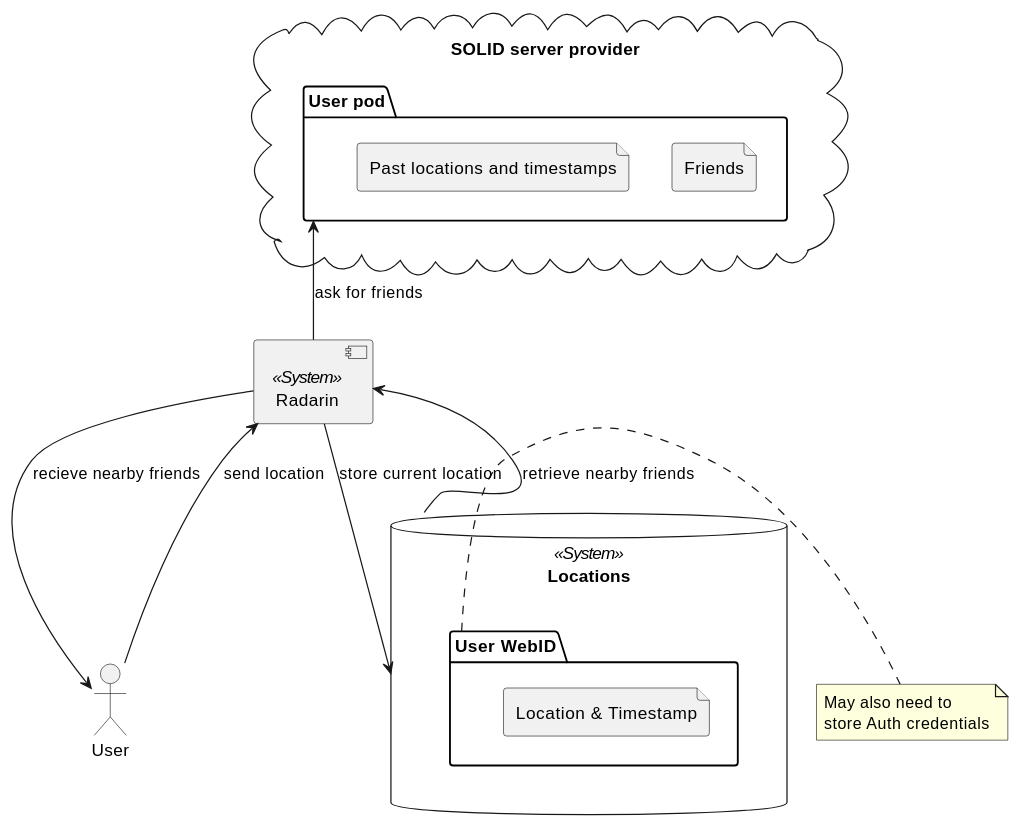
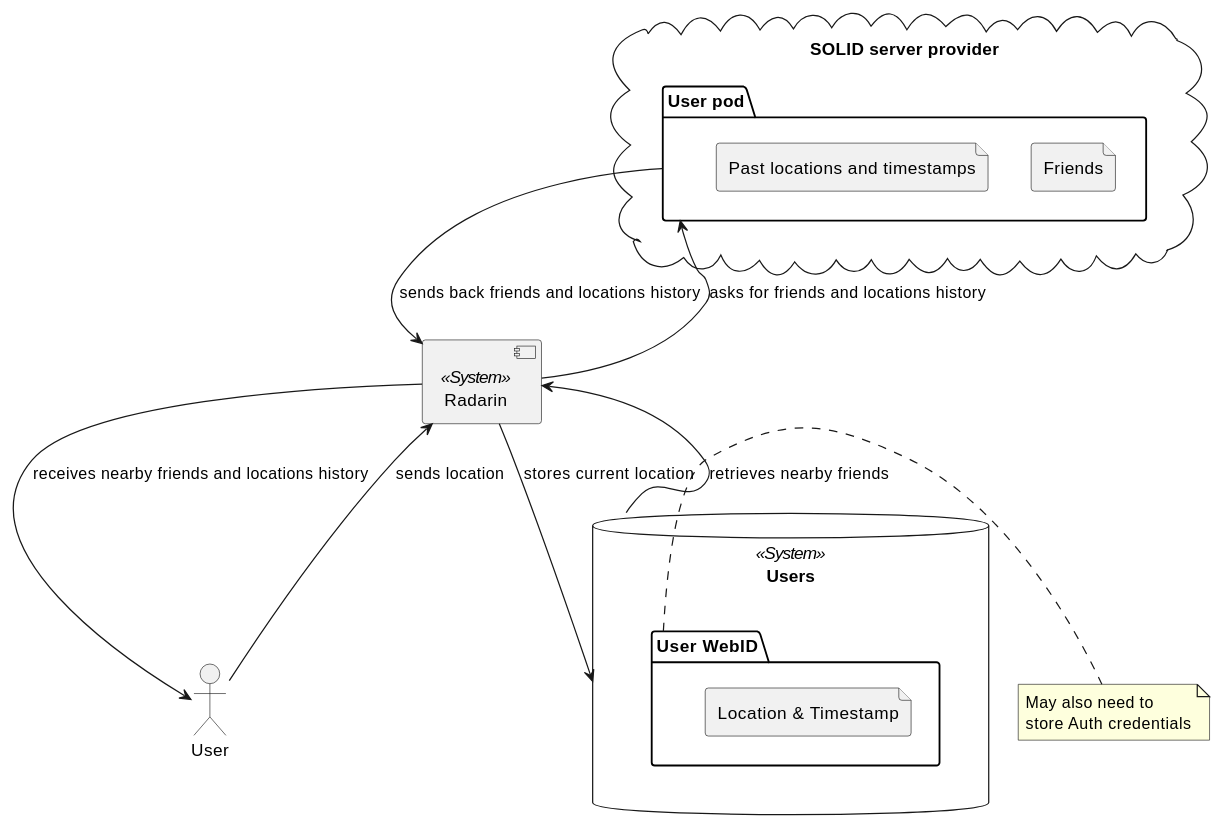
The first of 2 diagrams in webapp/docs/03_system_scope_and_context.adoc (Arquisoft/radarin_en2b), drawn with PlantUML before and after one commit. The commit also changed other lines of this file and 16 other files, not shown here.

```diff
--- a/webapp/docs/03_system_scope_and_context.adoc
+++ b/webapp/docs/03_system_scope_and_context.adoc
@@ -48,29 +47,30 @@
 [plantuml, diagram-business, svg]
 ....
 :User: as user
 [Radarin] << System >> as WAPI
 
-database Locations << System >> as DB {
+database Users << System >> as DB {
     folder "User WebID" as foldb {
         file "Location & Timestamp" as loctmp
     }
 }
 
 cloud "SOLID server provider" {
     package "User pod" as pod {
         file "Friends" as friends
         file "Past locations and timestamps"
     }
 }
 
 note right of foldb
     May also need to
     store Auth credentials
 end note
 
-user --> WAPI : send location
-WAPI --> user : recieve nearby friends
-WAPI --> DB : store current location
-WAPI <-- DB : retrieve nearby friends
-pod <-- WAPI : ask for friends
+user --> WAPI : sends location
+WAPI --> user : receives nearby friends and locations history
+WAPI --> DB : stores current location
+WAPI <-- DB : retrieves nearby friends 
+pod --> WAPI : sends back friends and locations history
+pod <-- WAPI : asks for friends and locations history
 ....
```
